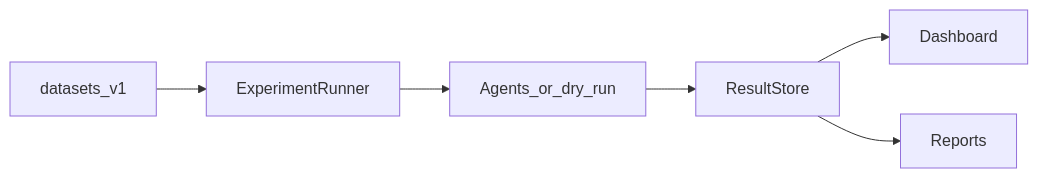
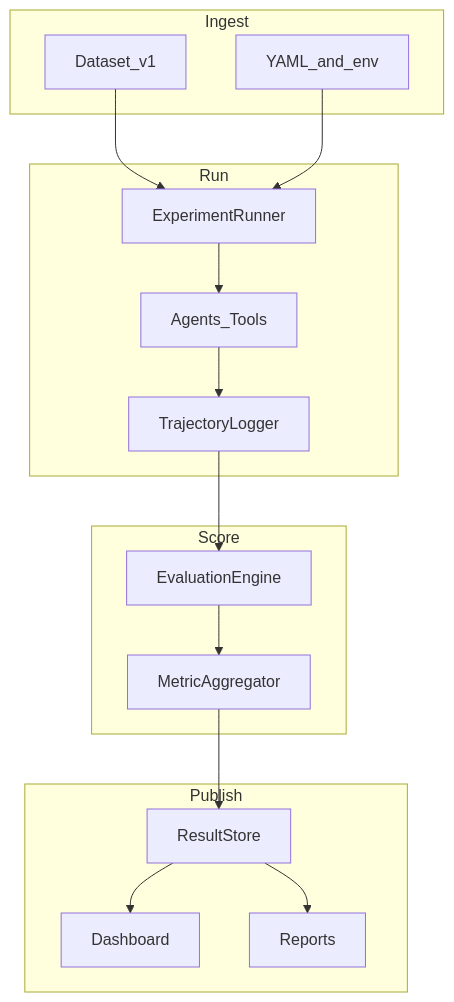
One commit to samsuljahith/githubbench-delta changed the diagram in docs/architecture.md. Above: the diagram before and after it, drawn with Mermaid. The commit also changed other lines of this file and 12 other files, not shown here.

````diff
--- a/docs/architecture.md
+++ b/docs/architecture.md
@@ -14,8 +28,34 @@
 ```mermaid
-flowchart LR
-  dataset[datasets_v1] --> runner[ExperimentRunner]
-  runner --> agents[Agents_or_dry_run]
-  agents --> store[ResultStore]
-  store --> dash[Dashboard]
-  store --> reports[Reports]
+flowchart TB
+  subgraph ingest [Ingest]
+    dataset[Dataset_v1]
+    config[YAML_and_env]
+  end
+
+  subgraph run [Run]
+    runner[ExperimentRunner]
+    agents[Agents_Tools]
+    traj[TrajectoryLogger]
+  end
+
+  subgraph score [Score]
+    engine[EvaluationEngine]
+    agg[MetricAggregator]
+  end
+
+  subgraph publish [Publish]
+    store[ResultStore]
+    dash[Dashboard]
+    reports[Reports]
+  end
+
+  dataset --> runner
+  config --> runner
+  runner --> agents
+  agents --> traj
+  traj --> engine
+  engine --> agg
+  agg --> store
+  store --> dash
+  store --> reports
 ```
````
